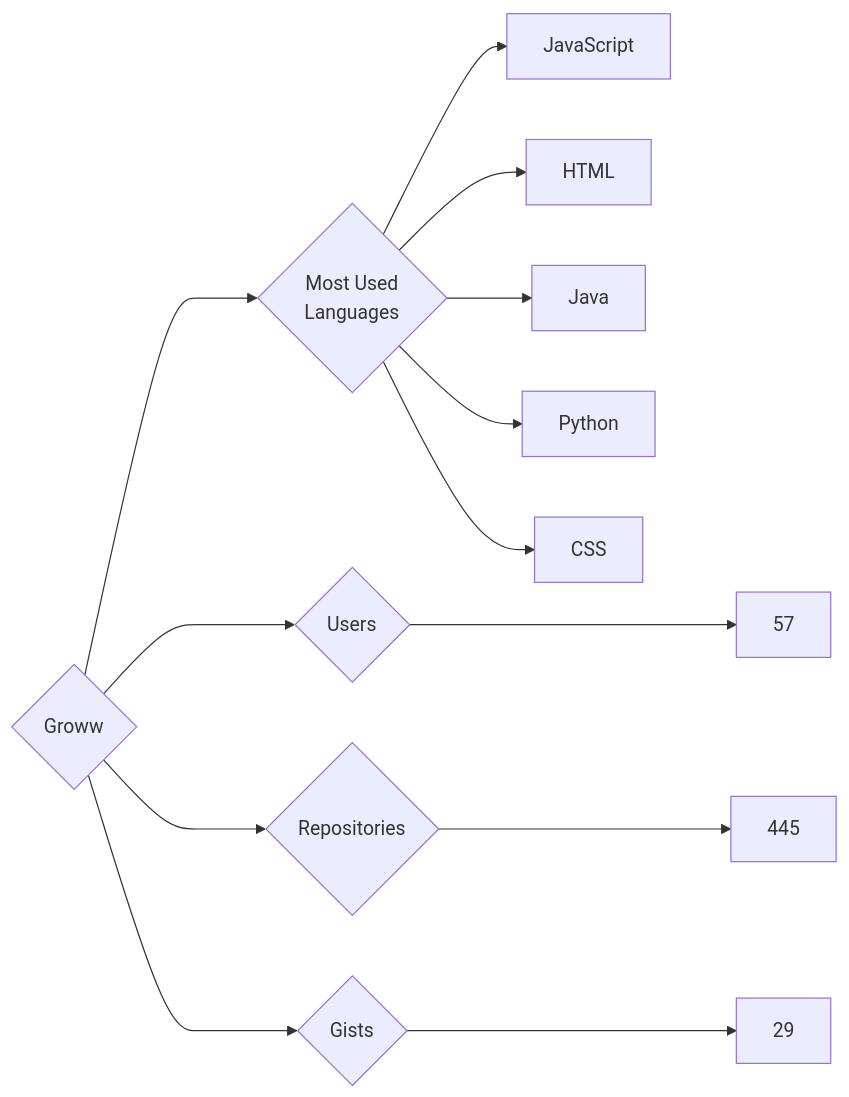
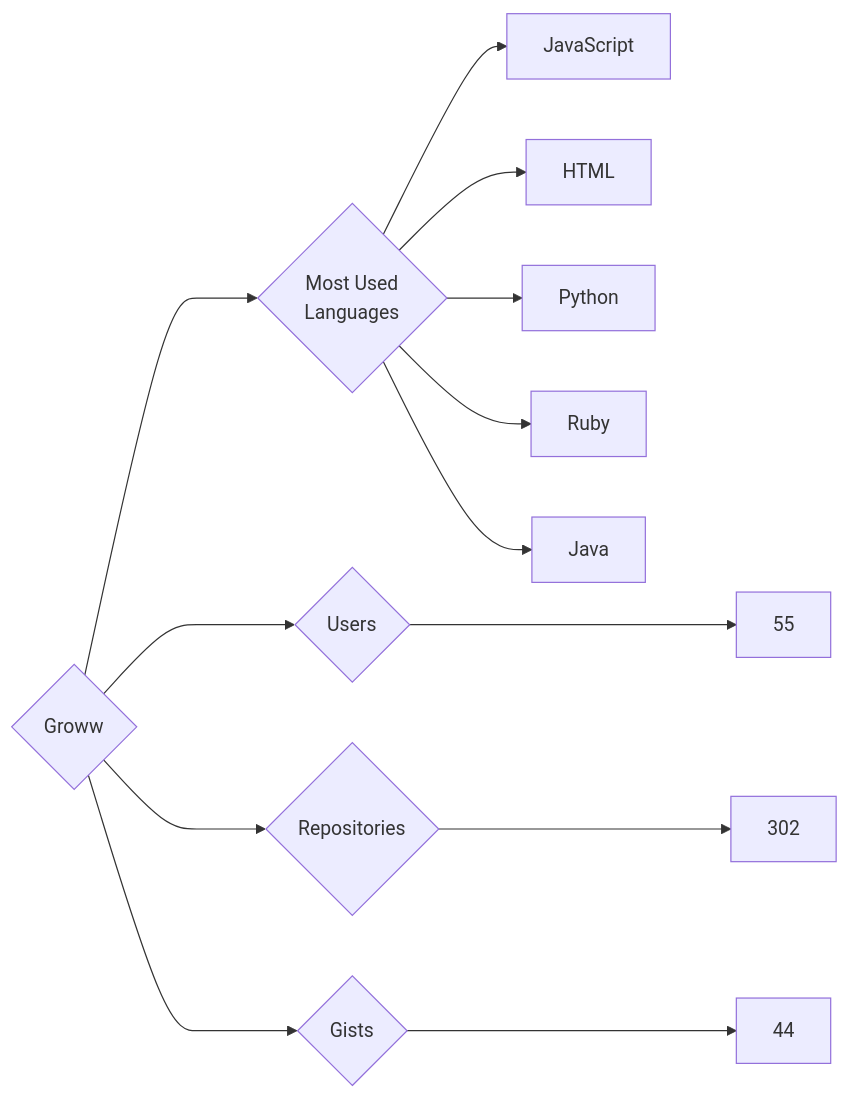
Before and after one commit to trickest/insiders: the diagram in targets/Groww/README.md, drawn with Mermaid. The commit also changed 681 other files, not shown here.

````diff
--- a/targets/Groww/README.md
+++ b/targets/Groww/README.md
@@ -3,13 +3,13 @@
 ```mermaid
 graph LR
 COMPANY_NAME{Groww}
-COMPANY_NAME ---> U{Users} ---> UN[57]
-COMPANY_NAME ---> R{Repositories} ---> RN[445]
-COMPANY_NAME ---> G{Gists} ---> GN[29]
+COMPANY_NAME ---> U{Users} ---> UN[55]
+COMPANY_NAME ---> R{Repositories} ---> RN[302]
+COMPANY_NAME ---> G{Gists} ---> GN[44]
 COMPANY_NAME ---> ML{Most Used<br>Languages}
 ML --> JavaScript[JavaScript]
 ML --> HTML[HTML]
+ML --> Python[Python]
+ML --> Ruby[Ruby]
 ML --> Java[Java]
-ML --> Python[Python]
-ML --> CSS[CSS]
 ```
````
